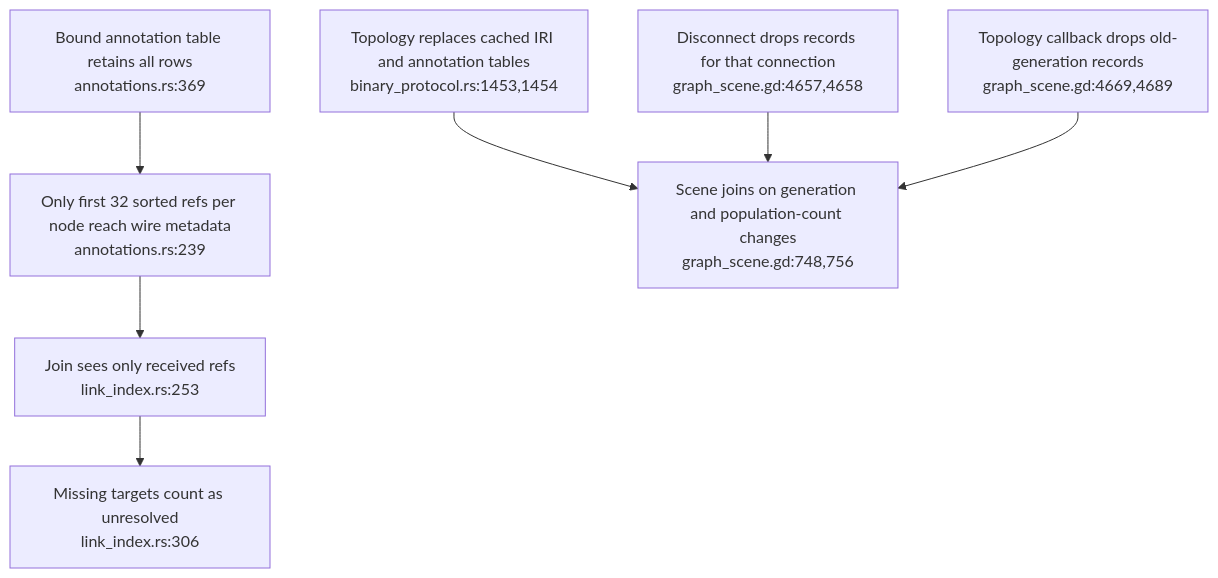
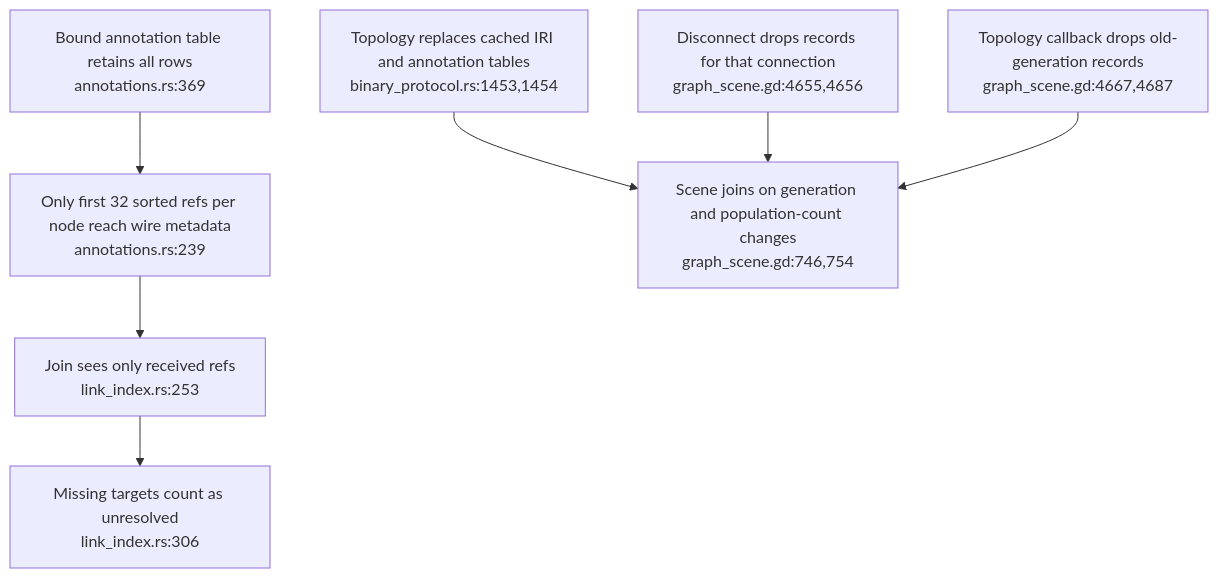
Before and after one commit to DreamLab-AI/VisionFlow: the third of 3 diagrams in docs/diagrams/visionclaw/45-code-to-concept-link-evidence.md, drawn with Mermaid. The commit also changed other lines of this file and 7 other files, not shown here.

First line of the commit message:
diagrams(visionclaw): re-verify VC-43..VC-50 at visionclaw 4900ec6

````diff
--- a/docs/diagrams/visionclaw/45-code-to-concept-link-evidence.md
+++ b/docs/diagrams/visionclaw/45-code-to-concept-link-evidence.md
@@ -67,9 +67,9 @@
 ```mermaid
 flowchart TD
     ALL["Bound annotation table retains all rows<br/>annotations.rs:369"] --> CUT["Only first 32 sorted refs per node reach wire metadata<br/>annotations.rs:239"]
     CUT --> JOIN["Join sees only received refs<br/>link_index.rs:253"]
     JOIN --> COUNT["Missing targets count as unresolved<br/>link_index.rs:306"]
-    TOPO["Topology replaces cached IRI and annotation tables<br/>binary_protocol.rs:1453,1454"] --> REBUILD["Scene joins on generation and population-count changes<br/>graph_scene.gd:748,756"]
-    DISC["Disconnect drops records for that connection<br/>graph_scene.gd:4657,4658"] --> REBUILD
-    NEW["Topology callback drops old-generation records<br/>graph_scene.gd:4669,4689"] --> REBUILD
+    TOPO["Topology replaces cached IRI and annotation tables<br/>binary_protocol.rs:1453,1454"] --> REBUILD["Scene joins on generation and population-count changes<br/>graph_scene.gd:746,754"]
+    DISC["Disconnect drops records for that connection<br/>graph_scene.gd:4655,4656"] --> REBUILD
+    NEW["Topology callback drops old-generation records<br/>graph_scene.gd:4667,4687"] --> REBUILD
 ```
````
